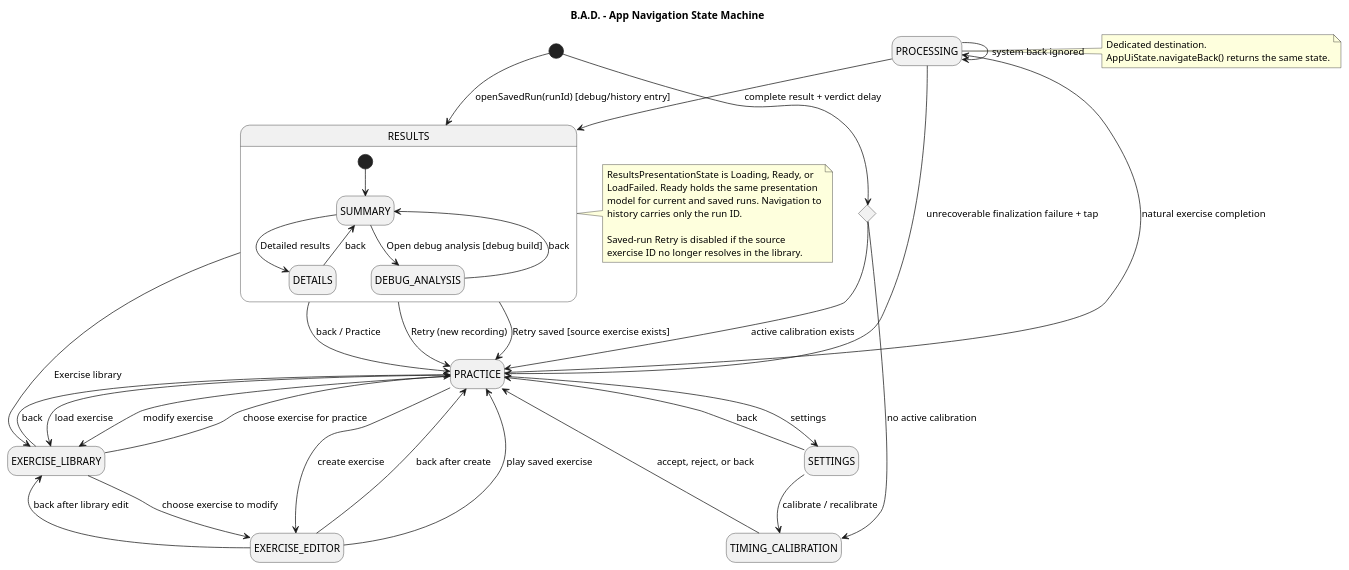
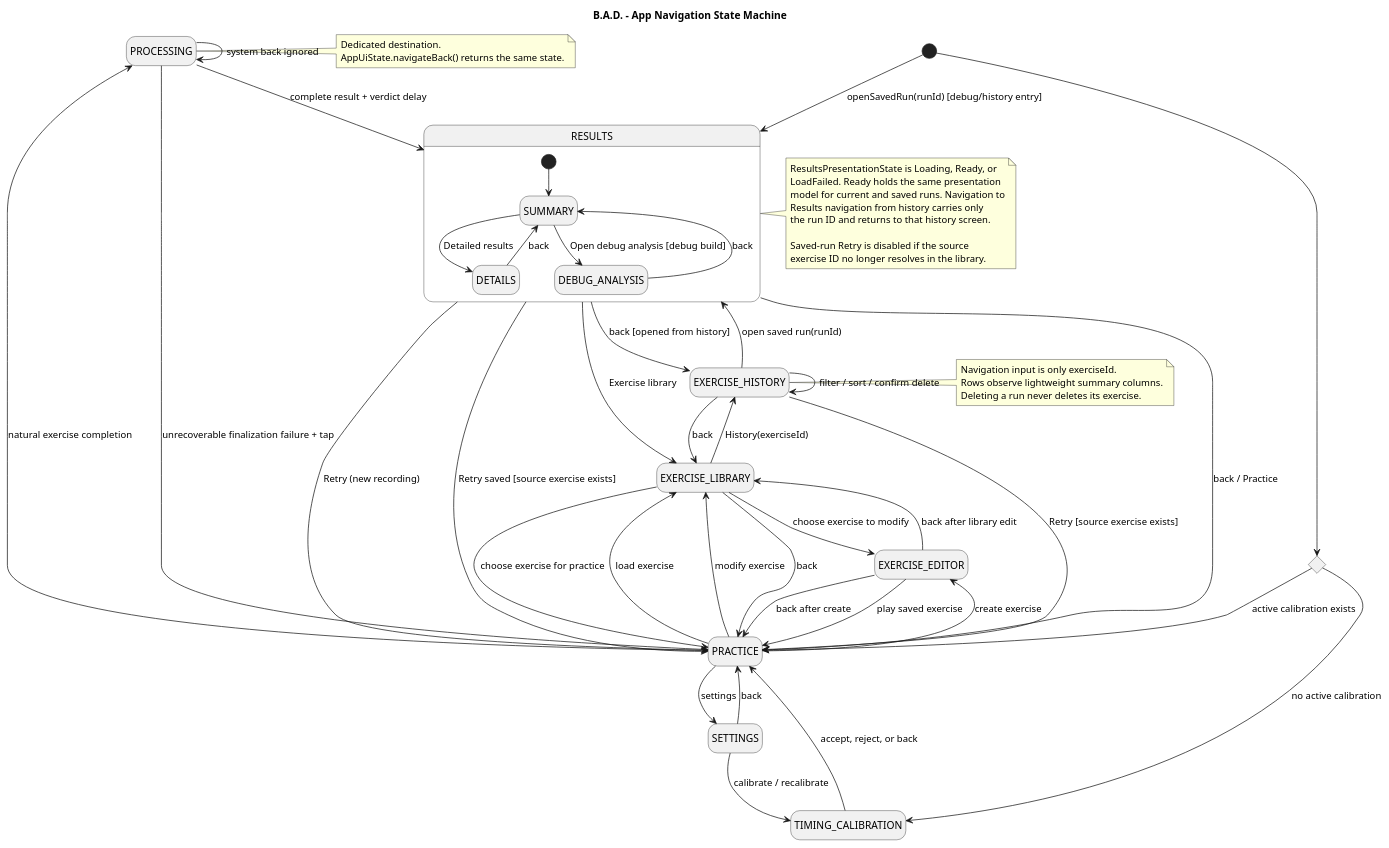
Before and after one commit to medChaouki/BAD: the diagram in designDocuments/navigation-state-machine.puml, drawn with PlantUML. The commit also changed 20 other files, not shown here.

Commit message:
feat: add per-exercise run history

```diff
--- a/designDocuments/navigation-state-machine.puml
+++ b/designDocuments/navigation-state-machine.puml
@@ -1,63 +1,77 @@
 @startuml Navigation_State_Machine
 title B.A.D. - App Navigation State Machine
 
 skinparam backgroundColor #FFFFFF
 skinparam shadowing false
 hide empty description
 
 state Startup <<choice>>
 [*] --> Startup
 Startup --> TIMING_CALIBRATION : no active calibration
 Startup --> PRACTICE : active calibration exists
 
 PRACTICE --> EXERCISE_LIBRARY : load exercise
 PRACTICE --> EXERCISE_LIBRARY : modify exercise
 PRACTICE --> EXERCISE_EDITOR : create exercise
 PRACTICE --> SETTINGS : settings
 PRACTICE --> PROCESSING : natural exercise completion
 
 EXERCISE_LIBRARY --> PRACTICE : choose exercise for practice
 EXERCISE_LIBRARY --> EXERCISE_EDITOR : choose exercise to modify
+EXERCISE_LIBRARY --> EXERCISE_HISTORY : History(exerciseId)
 EXERCISE_LIBRARY --> PRACTICE : back
+
+EXERCISE_HISTORY --> EXERCISE_LIBRARY : back
+EXERCISE_HISTORY --> RESULTS : open saved run(runId)
+EXERCISE_HISTORY --> PRACTICE : Retry [source exercise exists]
+EXERCISE_HISTORY --> EXERCISE_HISTORY : filter / sort / confirm delete
 
 EXERCISE_EDITOR --> PRACTICE : back after create
 EXERCISE_EDITOR --> EXERCISE_LIBRARY : back after library edit
 EXERCISE_EDITOR --> PRACTICE : play saved exercise
 
 SETTINGS --> TIMING_CALIBRATION : calibrate / recalibrate
 SETTINGS --> PRACTICE : back
 TIMING_CALIBRATION --> PRACTICE : accept, reject, or back
 
 PROCESSING --> RESULTS : complete result + verdict delay
 [*] --> RESULTS : openSavedRun(runId) [debug/history entry]
 PROCESSING --> PROCESSING : system back ignored
 PROCESSING --> PRACTICE : unrecoverable finalization failure + tap
 
 state RESULTS {
   [*] --> SUMMARY
   SUMMARY --> DETAILS : Detailed results
   DETAILS --> SUMMARY : back
   SUMMARY --> DEBUG_ANALYSIS : Open debug analysis [debug build]
   DEBUG_ANALYSIS --> SUMMARY : back
 }
 
 RESULTS --> PRACTICE : back / Practice
 RESULTS --> PRACTICE : Retry (new recording)
 RESULTS --> PRACTICE : Retry saved [source exercise exists]
 RESULTS --> EXERCISE_LIBRARY : Exercise library
+RESULTS --> EXERCISE_HISTORY : back [opened from history]
 
 note right of PROCESSING
   Dedicated destination.
   AppUiState.navigateBack() returns the same state.
 end note
 
 note right of RESULTS
   ResultsPresentationState is Loading, Ready, or
   LoadFailed. Ready holds the same presentation
   model for current and saved runs. Navigation to
-  history carries only the run ID.
+  Results navigation from history carries only
+  the run ID and returns to that history screen.
 
   Saved-run Retry is disabled if the source
   exercise ID no longer resolves in the library.
 end note
+
+note right of EXERCISE_HISTORY
+  Navigation input is only exerciseId.
+  Rows observe lightweight summary columns.
+  Deleting a run never deletes its exercise.
+end note
 @enduml
```
